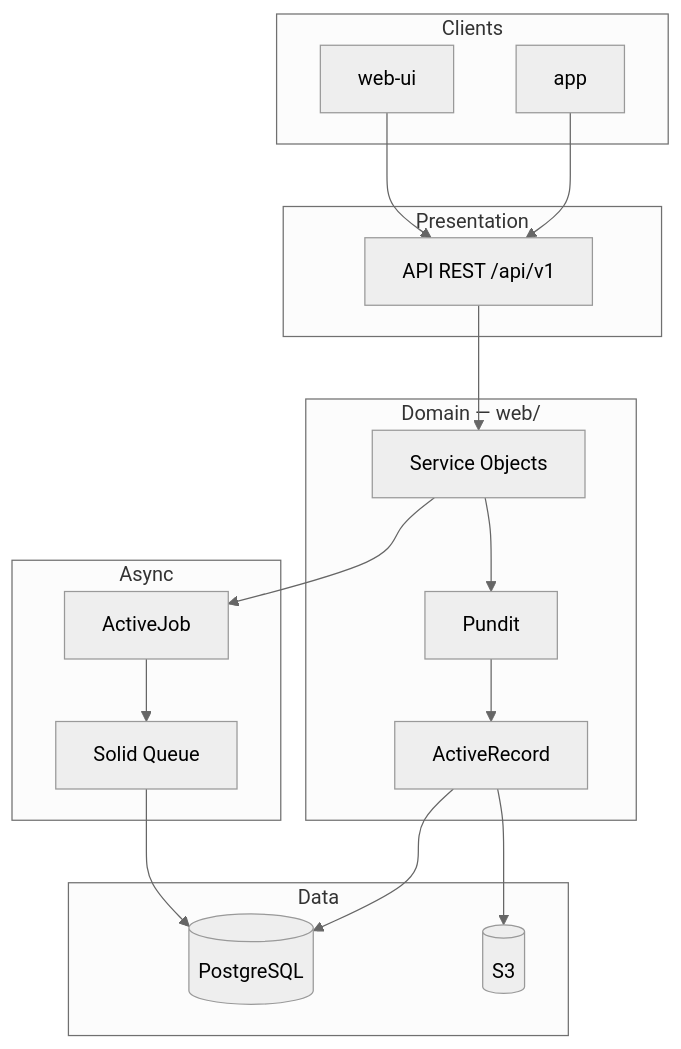
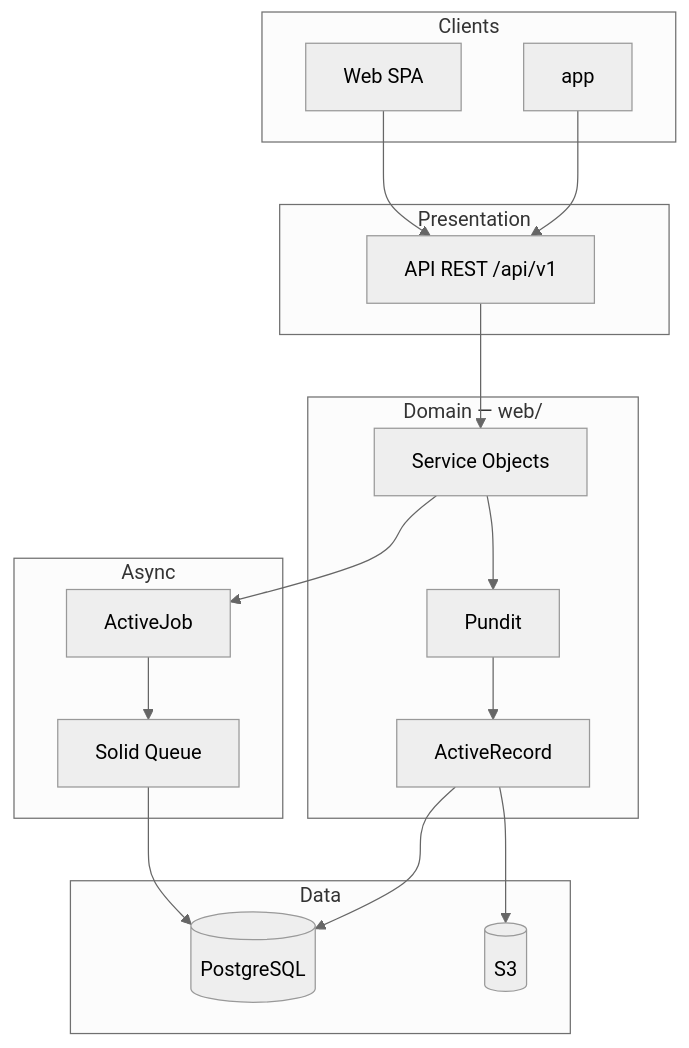
One commit to DLA-Solutions/school_lab changed the second of 2 diagrams in docs/web-stack.md. Above: the diagram before and after it, drawn with Mermaid (neutral theme). The commit also changed other lines of this file and 13 other files, not shown here.

````diff
--- a/docs/web-stack.md
+++ b/docs/web-stack.md
@@ -236,41 +238,41 @@
 ```mermaid
 flowchart TB
     subgraph clients [Clients]
-        WebUI[web-ui]
+        WebUI[Web SPA]
         MobileApp[app]
     end
 
     subgraph presentation [Presentation]
         API[API REST /api/v1]
     end
 
     subgraph domain [Domain — web/]
         Services[Service Objects]
         Policies[Pundit]
         Models[ActiveRecord]
     end
 
     subgraph async [Async]
         ActiveJob[ActiveJob]
         SolidQueue[Solid Queue]
     end
 
     subgraph data [Data]
         PG[(PostgreSQL)]
         S3[(S3)]
     end
 
     WebUI --> API
     MobileApp --> API
 
     API --> Services
     Services --> Policies
     Policies --> Models
 
     Services --> ActiveJob
     ActiveJob --> SolidQueue
     SolidQueue --> PG
 
     Models --> PG
     Models --> S3
 ```
````
